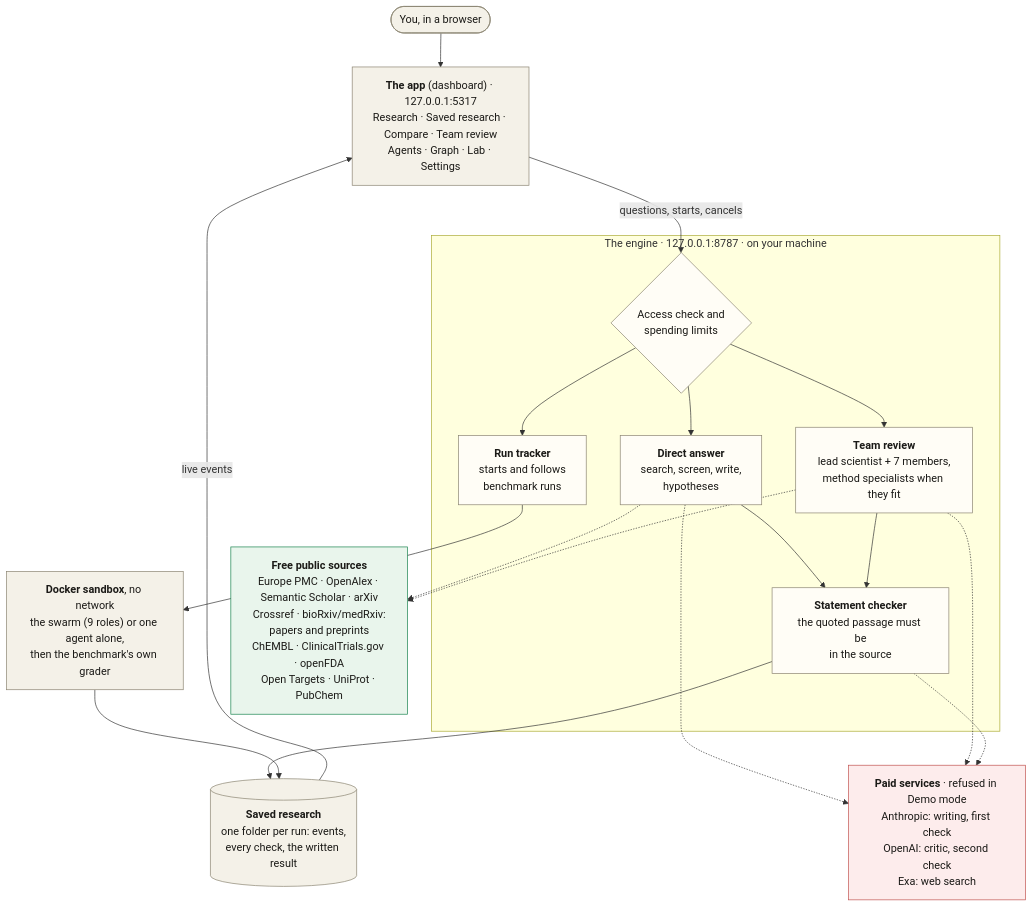
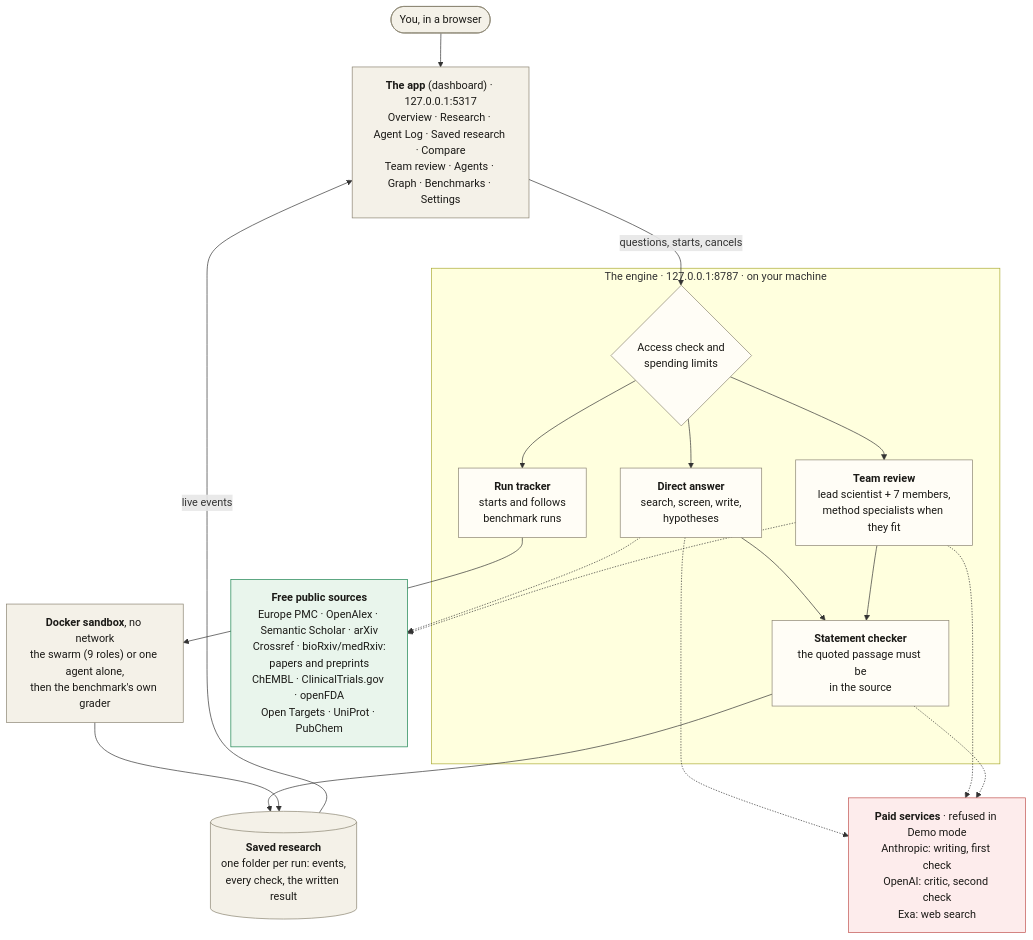
Before and after one commit to itsbrendandang/agent-test: the diagram in README.md, drawn with Mermaid. The commit also changed other lines of this file and 7 other files, not shown here.

````diff
--- a/README.md
+++ b/README.md
@@ -408,44 +455,44 @@
 ```mermaid
 flowchart TB
     you(["You, in a browser"])
-    app["<b>The app</b> (dashboard) · 127.0.0.1:5317<br/>Research · Saved research · Compare · Team review<br/>Agents · Graph · Lab · Settings"]
+    app["<b>The app</b> (dashboard) · 127.0.0.1:5317<br/>Overview · Research · Agent Log · Saved research · Compare<br/>Team review · Agents · Graph · Benchmarks · Settings"]
 
     subgraph engine["The engine · 127.0.0.1:8787 · on your machine"]
         gate{"Access check and<br/>spending limits"}
         answer["<b>Direct answer</b><br/>search, screen, write,<br/>hypotheses"]
         board["<b>Team review</b><br/>lead scientist + 7 members,<br/>method specialists when they fit"]
         tracker["<b>Run tracker</b><br/>starts and follows<br/>benchmark runs"]
         check["<b>Statement checker</b><br/>the quoted passage must be<br/>in the source"]
     end
 
     sandbox["<b>Docker sandbox</b>, no network<br/>the swarm (9 roles) or one agent alone,<br/>then the benchmark's own grader"]
     store[("<b>Saved research</b><br/>one folder per run: events,<br/>every check, the written result")]
     paid["<b>Paid services</b> · refused in Demo mode<br/>Anthropic: writing, first check<br/>OpenAI: critic, second check<br/>Exa: web search"]
     free["<b>Free public sources</b><br/>Europe PMC · OpenAlex · Semantic Scholar · arXiv<br/>Crossref · bioRxiv/medRxiv:<br/>papers and preprints<br/>ChEMBL · ClinicalTrials.gov · openFDA<br/>Open Targets · UniProt · PubChem"]
 
     you --> app
     app -- "questions, starts, cancels" --> gate
     gate --> answer
     gate --> board
     gate --> tracker
     answer --> check
     board --> check
     tracker --> sandbox
     check --> store
     sandbox --> store
     store -- "live events" --> app
     answer -.-> free
     board -.-> free
     answer -.-> paid
     board -.-> paid
     check -.-> paid
 
     classDef local fill:#f4f1e8,stroke:#8a8371,color:#1b1a17
     classDef core fill:#fffdf6,stroke:#8a8371,color:#1b1a17
     classDef paidc fill:#fdecec,stroke:#c0504d,color:#1b1a17
     classDef freec fill:#e9f5ec,stroke:#17824d,color:#1b1a17
     class you,app,store,sandbox local
     class gate,answer,board,tracker,check core
     class paid paidc
     class free freec
 ```
````
